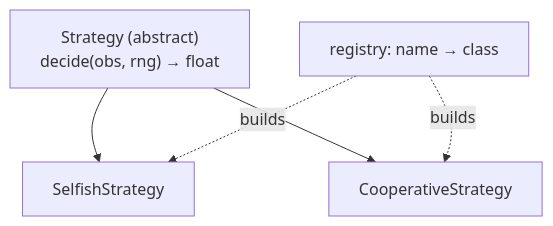
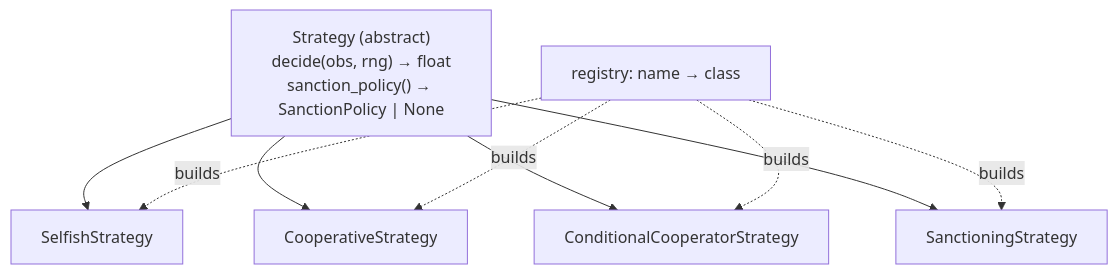
The fourth of 6 diagrams in docs/code-walkthrough.md (loonaarc/wfp2), drawn with Mermaid before and after one commit. The commit also changed other lines of this file and 8 other files, not shown here.

````diff
--- a/docs/code-walkthrough.md
+++ b/docs/code-walkthrough.md
@@ -265,7 +267,8 @@
 ```mermaid
 flowchart TB
-    S["Strategy (abstract)<br/>decide(obs, rng) → float"] --> Se["SelfishStrategy"]
+    S["Strategy (abstract)<br/>decide(obs, rng) → float<br/>sanction_policy() → SanctionPolicy | None"] --> Se["SelfishStrategy"]
     S --> Co["CooperativeStrategy"]
-    R["registry: name → class"] -.builds.-> Se
-    R -.builds.-> Co
+    S --> Cc["ConditionalCooperatorStrategy"]
+    S --> Sa["SanctioningStrategy"]
+    R["registry: name → class"] -.builds.-> Se & Co & Cc & Sa
 ```
````
